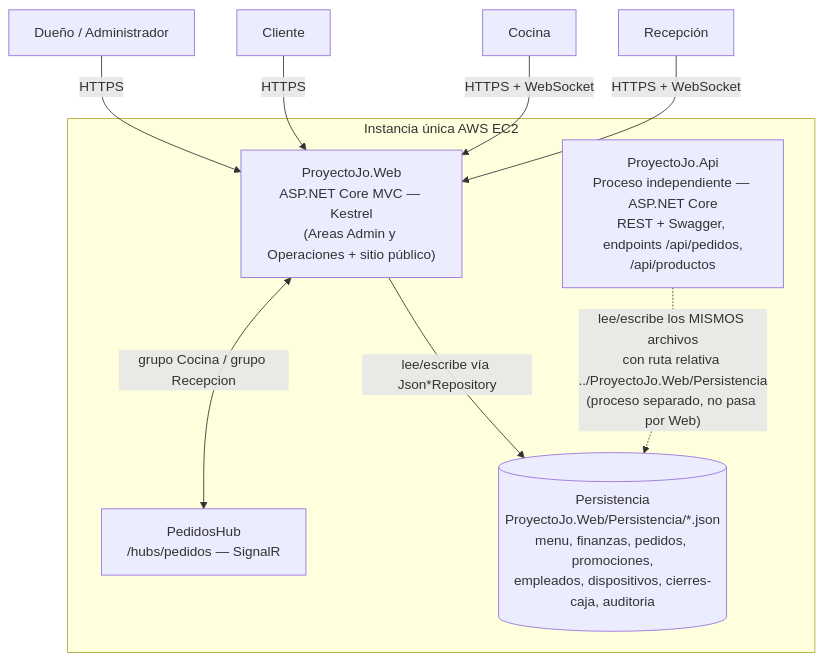
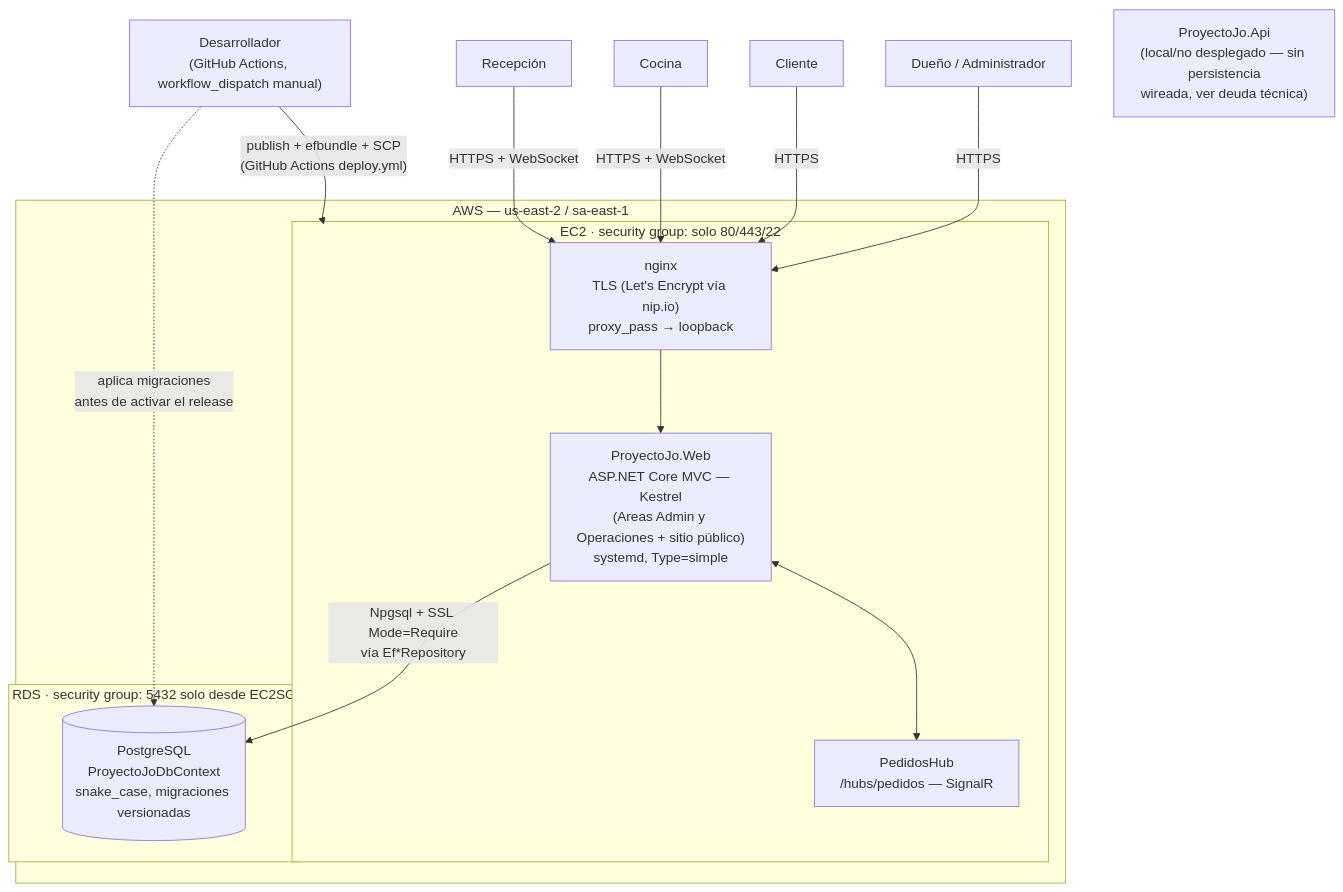
Before and after one commit to Joako601/Proyecto-Jo: the second of 3 diagrams in docs/Arquitectura-C4.md, drawn with Mermaid. The commit also changed other lines of this file and 6 other files, not shown here.

First line of the commit message:
docs(arch): add ADR-10 to 13, ATAM evaluation, and update C4 to current architecture

````diff
--- a/docs/Arquitectura-C4.md
+++ b/docs/Arquitectura-C4.md
@@ -32,23 +33,34 @@
 ```mermaid
 flowchart TD
     ADMIN["Dueño / Administrador"]
     CLIENTE["Cliente"]
     COCINERO["Cocina"]
     RECEP["Recepción"]
- 
-    subgraph EC2 ["Instancia única AWS EC2"]
-        WEB["ProyectoJo.Web\nASP.NET Core MVC — Kestrel\n(Areas Admin y Operaciones + sitio público)"]
-        HUB["PedidosHub\n/hubs/pedidos — SignalR"]
-        API["ProyectoJo.Api\nProceso independiente — ASP.NET Core\nREST + Swagger, endpoints /api/pedidos,\n/api/productos"]
-        JSON[("Persistencia\nProyectoJo.Web/Persistencia/*.json\nmenu, finanzas, pedidos, promociones,\nempleados, dispositivos, cierres-caja, auditoria")]
+    DEV["Desarrollador\n(GitHub Actions, workflow_dispatch manual)"]
+
+    subgraph AWS ["AWS — us-east-2 / sa-east-1"]
+        subgraph EC2SG ["EC2 · security group: solo 80/443/22"]
+            NGINX["nginx\nTLS (Let's Encrypt vía nip.io)\nproxy_pass → loopback"]
+            WEB["ProyectoJo.Web\nASP.NET Core MVC — Kestrel\n(Areas Admin y Operaciones + sitio público)\nsystemd, Type=simple"]
+            HUB["PedidosHub\n/hubs/pedidos — SignalR"]
+            NGINX --> WEB
+            WEB <--> HUB
+        end
+
+        subgraph RDSSG ["RDS · security group: 5432 solo desde EC2SG"]
+            PG[("PostgreSQL\nProyectoJoDbContext\nsnake_case, migraciones versionadas")]
+        end
+
+        WEB -->|"Npgsql + SSL Mode=Require\nvía Ef*Repository"| PG
     end
- 
-    ADMIN -->|HTTPS| WEB
-    CLIENTE -->|HTTPS| WEB
-    COCINERO -->|"HTTPS + WebSocket"| WEB
-    RECEP -->|"HTTPS + WebSocket"| WEB
-    WEB <-->|"grupo Cocina / grupo Recepcion"| HUB
- 
-    WEB -->|"lee/escribe vía Json*Repository"| JSON
-    API -.->|"lee/escribe los MISMOS archivos\ncon ruta relativa ../ProyectoJo.Web/Persistencia\n(proceso separado, no pasa por Web)"| JSON
+
+    API["ProyectoJo.Api\n(local/no desplegado — sin persistencia\nwireada, ver deuda técnica)"]
+
+    ADMIN -->|HTTPS| NGINX
+    CLIENTE -->|HTTPS| NGINX
+    COCINERO -->|"HTTPS + WebSocket"| NGINX
+    RECEP -->|"HTTPS + WebSocket"| NGINX
+
+    DEV -->|"publish + efbundle + SCP\n(GitHub Actions deploy.yml)"| EC2SG
+    DEV -.->|"aplica migraciones\nantes de activar el release"| PG
 ```
````
